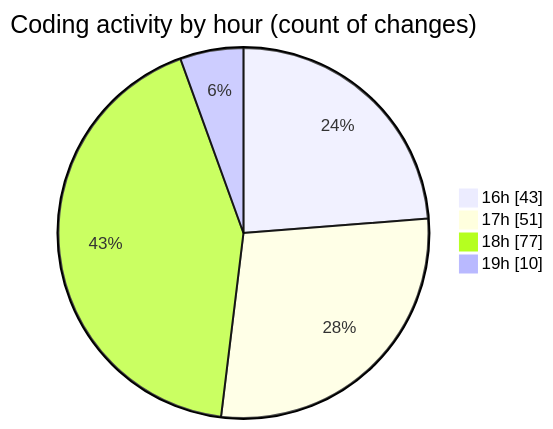
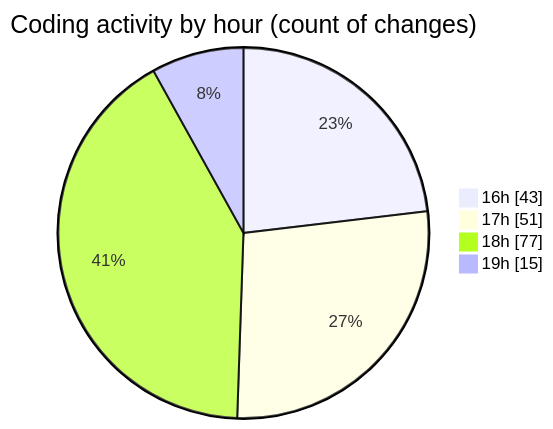
Before and after one commit to momahboobian/code-tracking: the second of 2 diagrams in 2026-11-13/broadcaster-v6-feature/README.md, drawn with Mermaid. The commit also changed other lines of this file and 1 other file, not shown here.

````diff
--- a/2026-11-13/broadcaster-v6-feature/README.md
+++ b/2026-11-13/broadcaster-v6-feature/README.md
@@ -85,8 +89,8 @@
 ```mermaid
 pie showData
 title Coding activity by hour (count of changes)
 "16h" : 43
 "17h" : 51
 "18h" : 77
-"19h" : 10
+"19h" : 15
 ```
````
